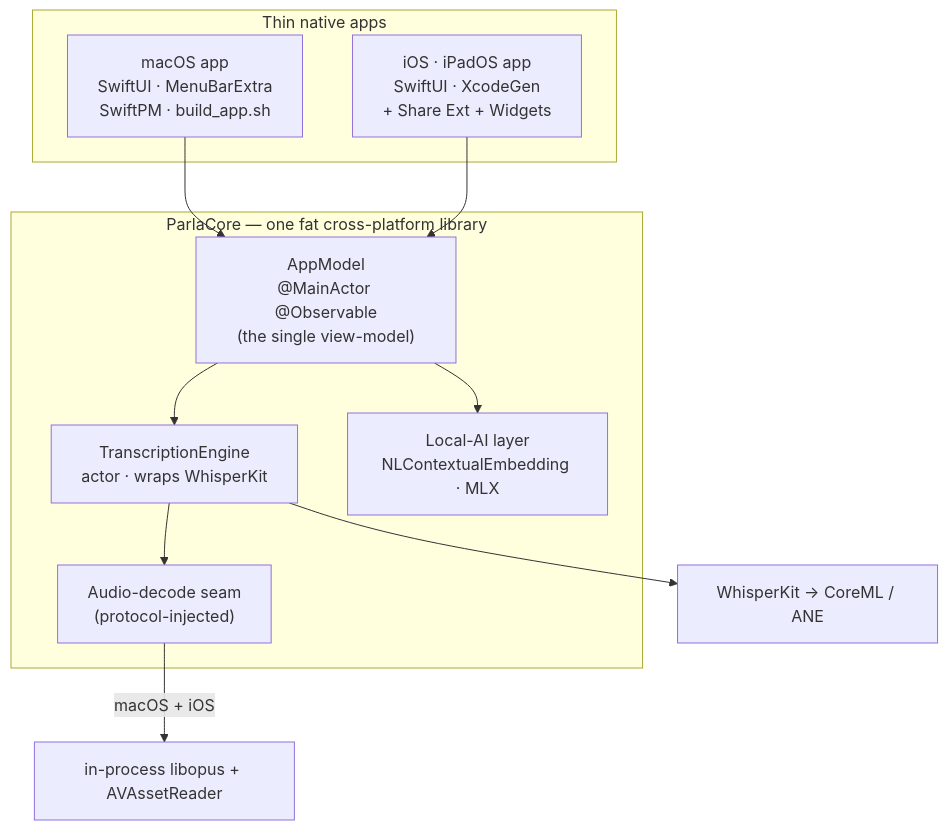
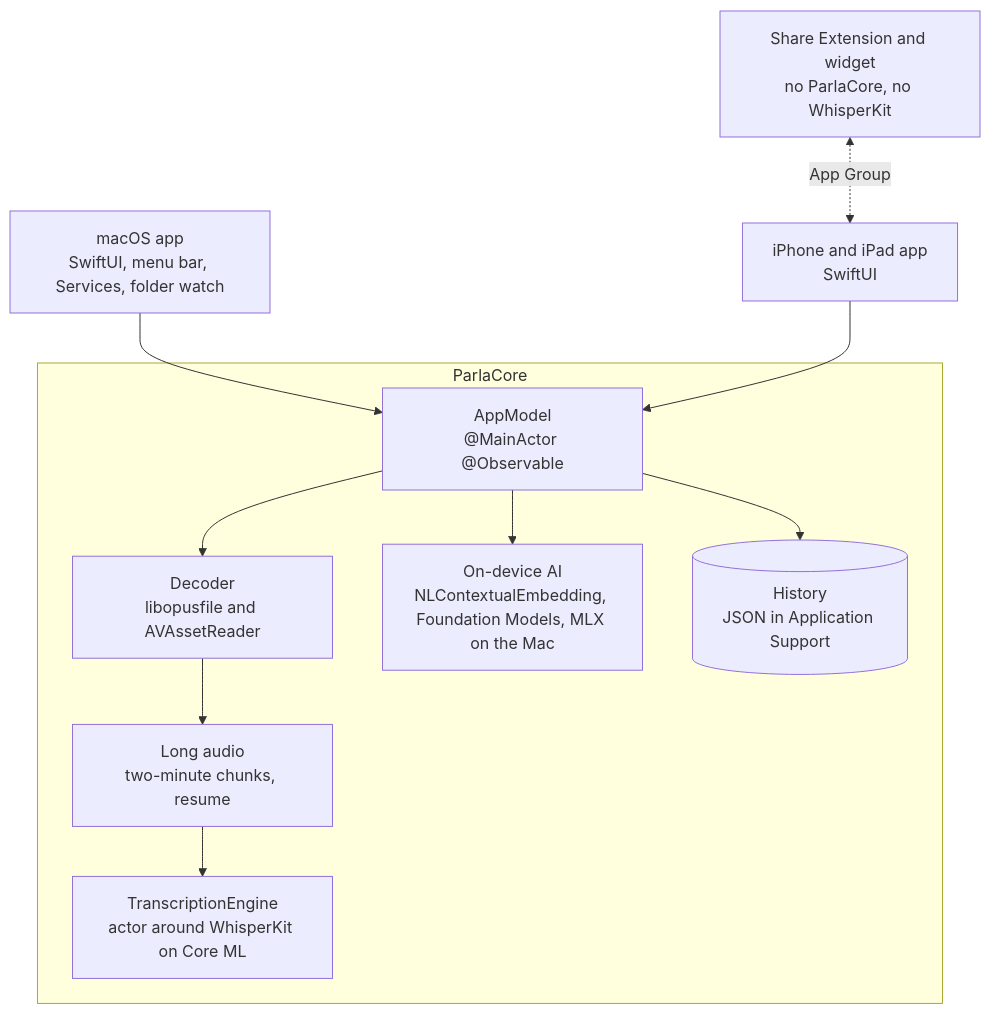
Before and after one commit to OleksandrUskov/Parla: the diagram in README.md, drawn with Mermaid. The commit also changed other lines of this file and 12 other files, not shown here.

````diff
--- a/README.md
+++ b/README.md
@@ -150,20 +81,17 @@
 ```mermaid
-graph TD
-    subgraph APPS["Thin native apps"]
-        MAC["macOS app<br/>SwiftUI · MenuBarExtra<br/>SwiftPM · build_app.sh"]
-        IOS["iOS · iPadOS app<br/>SwiftUI · XcodeGen<br/>+ Share Ext + Widgets"]
+flowchart TD
+    MAC["macOS app<br/>SwiftUI, menu bar, Services, folder watch"] --> VM
+    IOS["iPhone and iPad app<br/>SwiftUI"] --> VM
+    EXT["Share Extension and widget<br/>no ParlaCore, no WhisperKit"] <-. "App Group" .-> IOS
+    subgraph CORE["ParlaCore"]
+        VM["AppModel<br/>@MainActor @Observable"]
+        DEC["Decoder<br/>libopusfile and AVAssetReader"]
+        CHUNK["Long audio<br/>two-minute chunks, resume"]
+        ENG["TranscriptionEngine<br/>actor around WhisperKit on Core ML"]
+        AI["On-device AI<br/>NLContextualEmbedding, Foundation Models, MLX on the Mac"]
+        STORE[("History<br/>JSON in Application Support")]
     end
-    subgraph CORE["ParlaCore — one fat cross-platform library"]
-        VM["AppModel<br/>@MainActor @Observable<br/>(the single view-model)"]
-        ENG["TranscriptionEngine<br/>actor · wraps WhisperKit"]
-        AI["Local-AI layer<br/>NLContextualEmbedding · MLX"]
-        DEC["Audio-decode seam<br/>(protocol-injected)"]
-    end
-    MAC --> VM
-    IOS --> VM
-    VM --> ENG
+    VM --> DEC --> CHUNK --> ENG
     VM --> AI
-    ENG --> DEC
-    ENG --> WK["WhisperKit → CoreML / ANE"]
-    DEC -->|macOS + iOS| OP["in-process libopus + AVAssetReader"]
+    VM --> STORE
 ```
````
